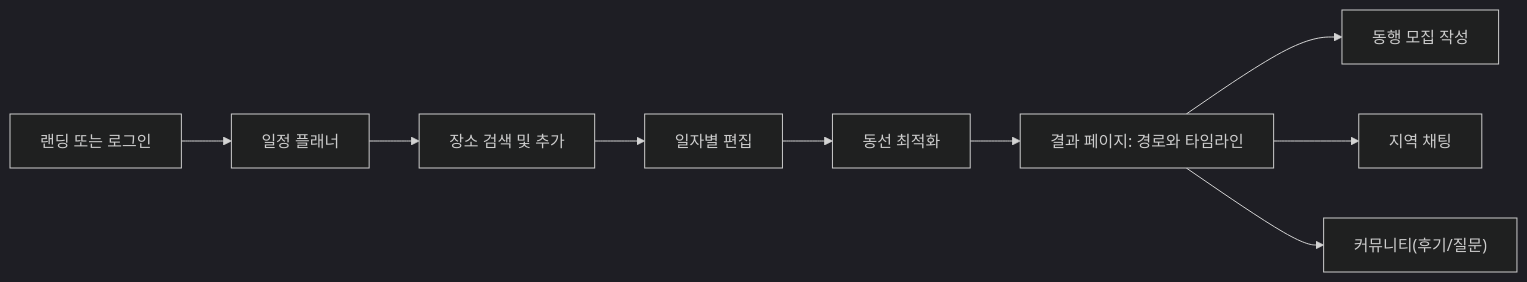
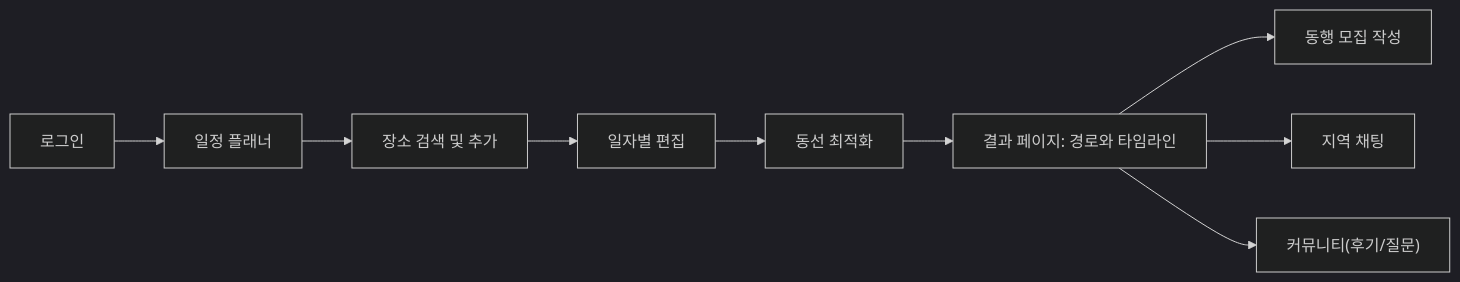
The fourth of 4 diagrams in README.md (gun-ee/TripMate), drawn with Mermaid (dark theme) before and after one commit. The commit also changed other lines of this file, not shown here.

````diff
--- a/README.md
+++ b/README.md
@@ -101,11 +101,11 @@
 ```mermaid
 flowchart LR
-  LAND["랜딩 또는 로그인"] --> PLANNER["일정 플래너"]
+  LAND["로그인"] --> PLANNER["일정 플래너"]
   PLANNER --> PLACE["장소 검색 및 추가"]
   PLACE --> DAY["일자별 편집"]
   DAY --> OPTIMIZE["동선 최적화"]
   OPTIMIZE --> RESULT["결과 페이지: 경로와 타임라인"]
   RESULT --> COMP["동행 모집 작성"]
   RESULT --> REGION["지역 채팅"]
   RESULT --> BOARD["커뮤니티(후기/질문)"]
 ```
````
